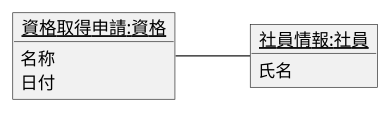
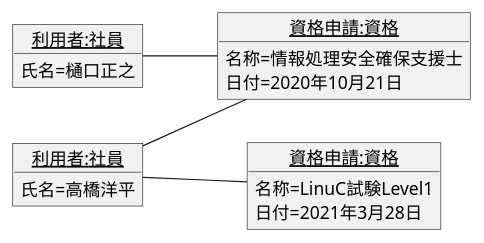
Before and after one commit to syutamorijyobi/uml-introduction: the diagram in 演習3-6_OBJ_資格取得のオブジェクト図.pu, drawn with PlantUML. The commit also changed 2 other files, not shown here.

```diff
--- a/演習3-6_OBJ_資格取得のオブジェクト図.pu
+++ b/演習3-6_OBJ_資格取得のオブジェクト図.pu
@@ -1,11 +1,20 @@
 @startuml kuruma
 left to right direction
-object "<u>資格取得申請:資格</u>" as  a{
-名称
-日付
+object "<u>資格申請:資格</u>" as  a{
+名称=情報処理安全確保支援士
+日付=2020年10月21日
 }
-object "<u>社員情報:社員</u>" as b {
-氏名
+object "<u>利用者:社員</u>" as b {
+氏名=高橋洋平
 }
-a -- b
+object "<u>利用者:社員</u>" as c {
+氏名=樋口正之
+}
+object "<u>資格申請:資格</u>" as  d{
+名称=LinuC試験Level1
+日付=2021年3月28日
+}
+b -- a
+c -- a
+b -- d
 @enduml
```
